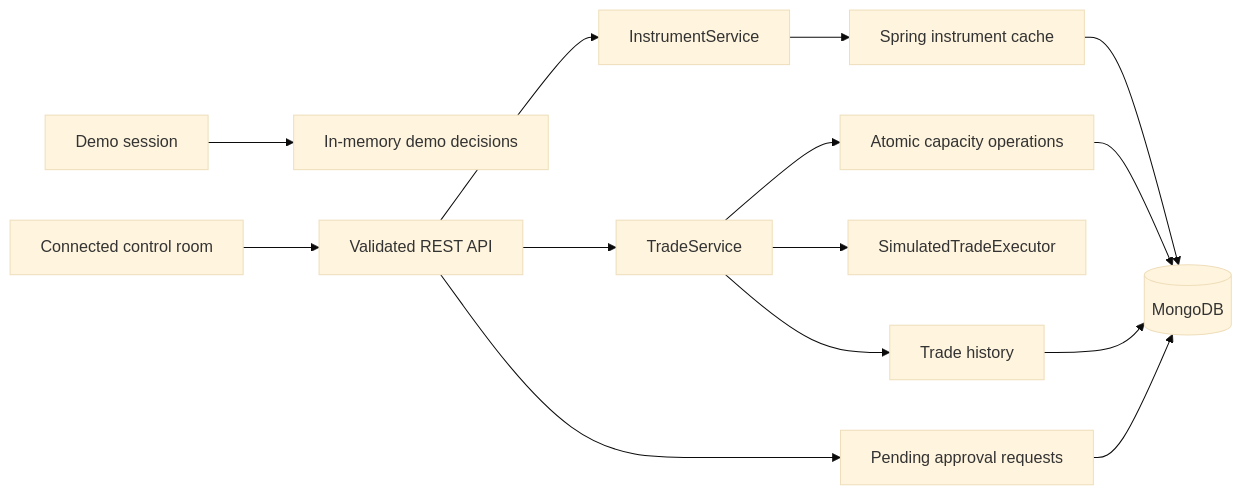
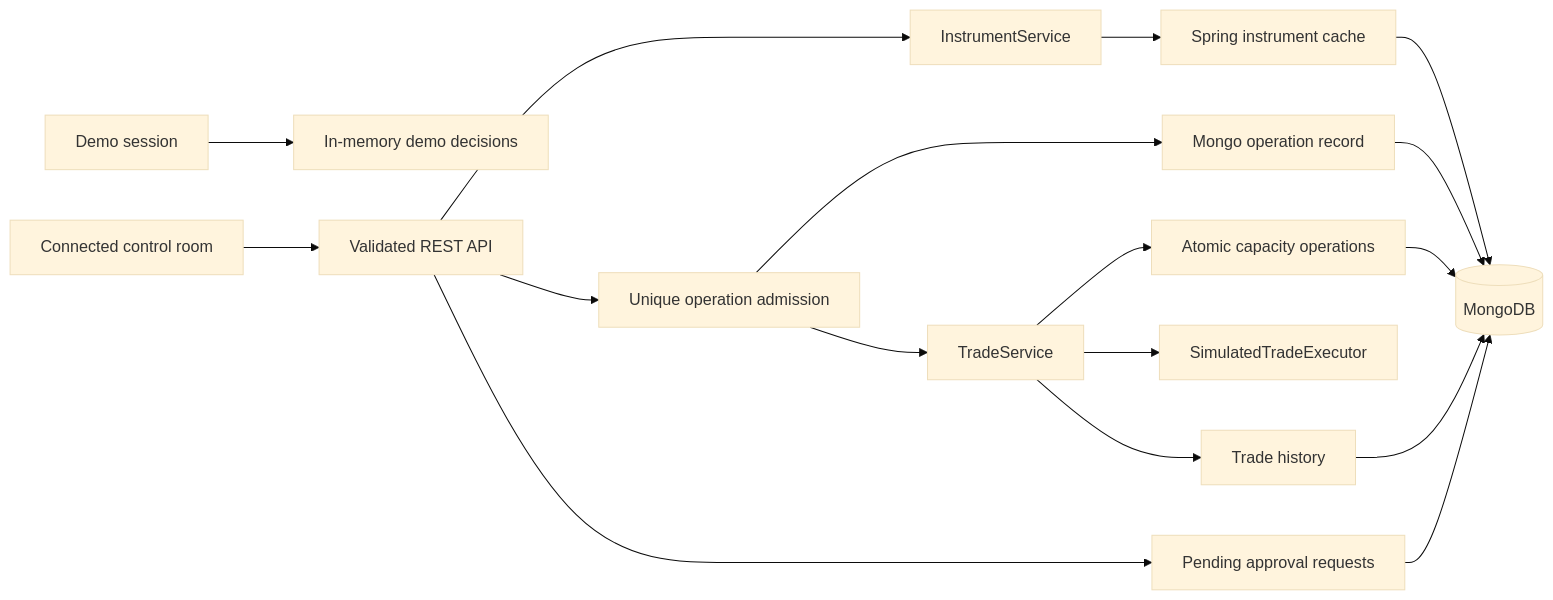
The diagram in ARCHITECTURE.md (Alaneel/atlas-trade-control-room), drawn with Mermaid (base theme) before and after one commit. The commit also changed other lines of this file and 32 other files, not shown here.

````diff
--- a/ARCHITECTURE.md
+++ b/ARCHITECTURE.md
@@ -7,16 +7,19 @@
 ```mermaid
 flowchart LR
     Demo["Demo session"] --> State["In-memory demo decisions"]
     UI["Connected control room"] --> API["Validated REST API"]
     API --> Instruments["InstrumentService"]
     Instruments --> Cache["Spring instrument cache"]
     Cache --> Mongo[("MongoDB")]
-    API --> Trades["TradeService"]
+    API --> Gate["Unique operation admission"]
+    Gate --> Operations["Mongo operation record"]
+    Operations --> Mongo
+    Gate --> Trades["TradeService"]
     Trades --> Limits["Atomic capacity operations"]
     Limits --> Mongo
     Trades --> Simulator["SimulatedTradeExecutor"]
     Trades --> History["Trade history"]
     History --> Mongo
     API --> Approval["Pending approval requests"]
     Approval --> Mongo
 ```
````
